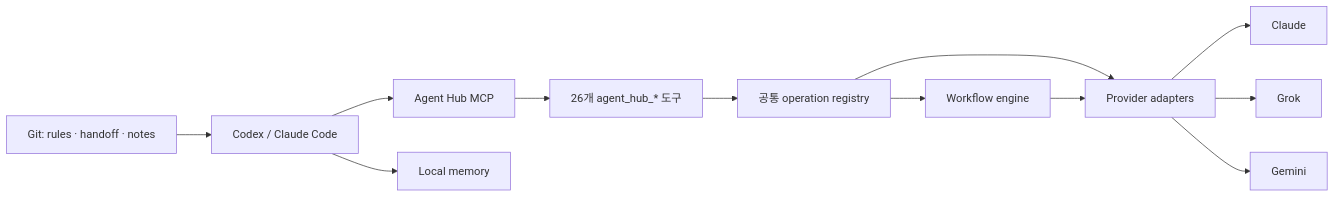
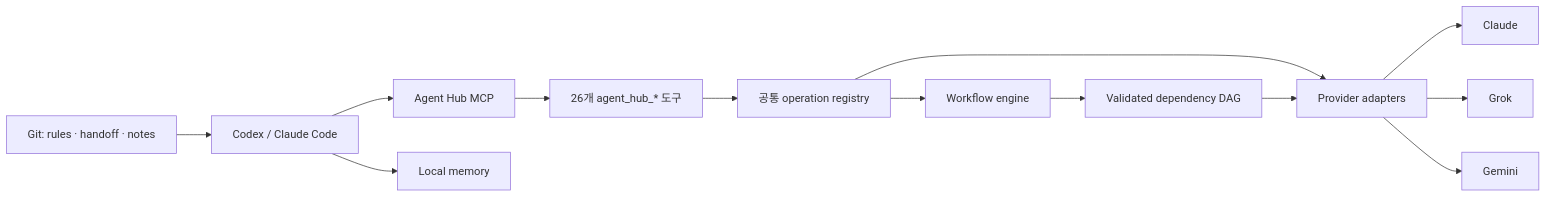
Before and after one commit to Meapri/agent-hub: the diagram in README.md, drawn with Mermaid. The commit also changed other lines of this file and 36 other files, not shown here.

````diff
--- a/README.md
+++ b/README.md
@@ -24,14 +24,15 @@
 ```mermaid
 flowchart LR
     C["Codex / Claude Code"] --> H["Agent Hub MCP"]
     H --> A["26개 agent_hub_* 도구"]
     A --> O["공통 operation registry"]
     O --> P["Provider adapters"]
     P --> CL["Claude"]
     P --> GR["Grok"]
     P --> GE["Gemini"]
     O --> W["Workflow engine"]
-    W --> P
+    W --> D["Validated dependency DAG"]
+    D --> P
     C --> M["Local memory"]
     R["Git: rules · handoff · notes"] --> C
 ```
````
